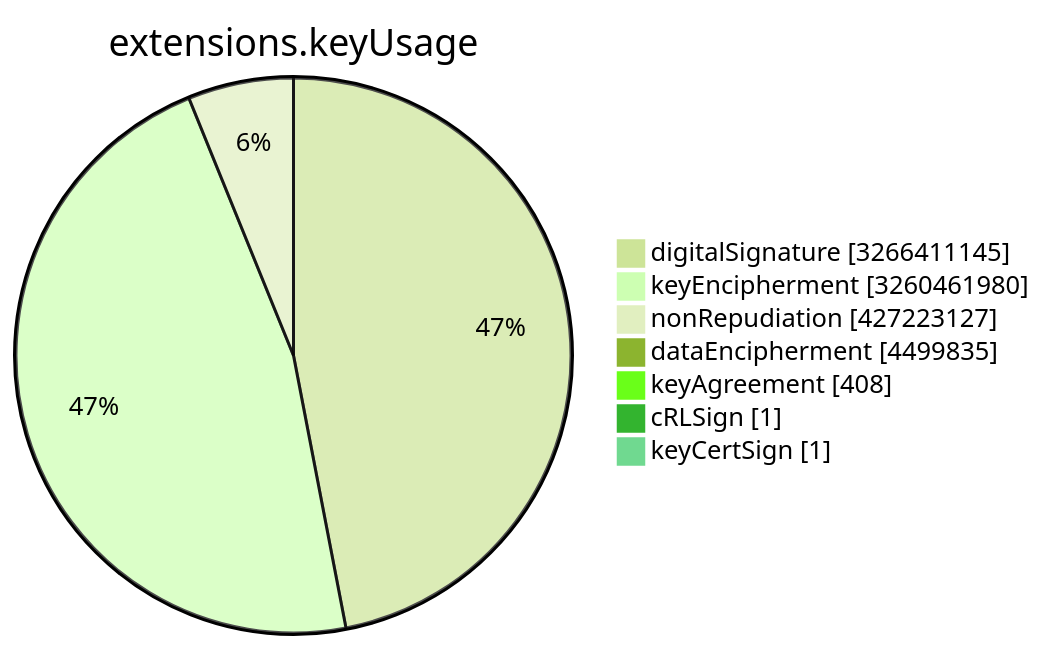
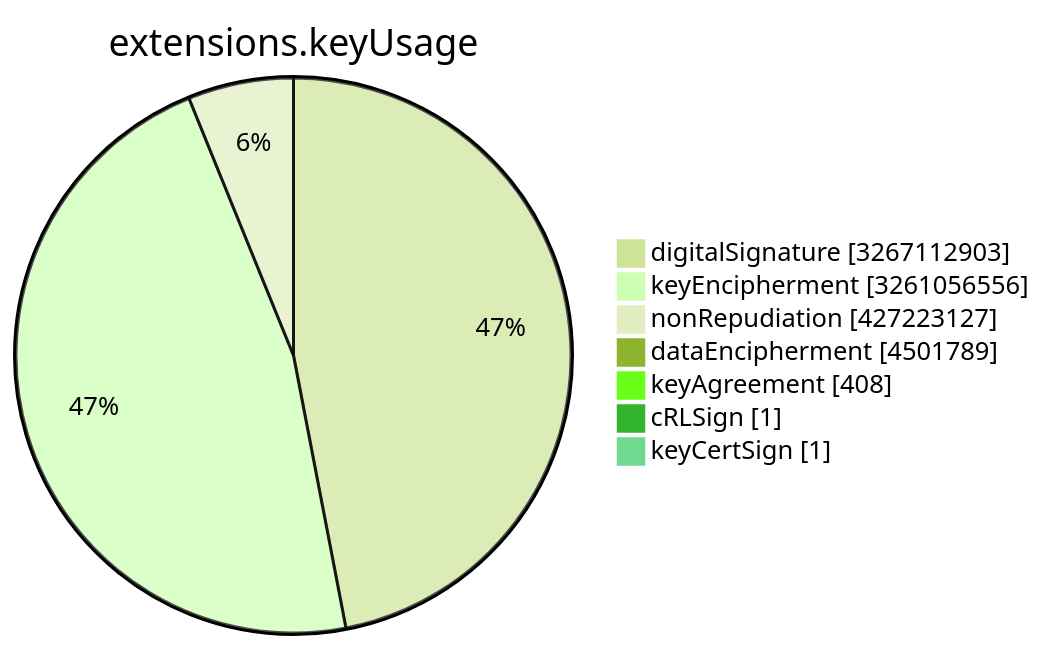
One commit to christiankrug/ctmonitor_visualization changed the sixth of 15 diagrams in TOTAL/README.md. Above: the diagram before and after it, drawn with Mermaid (forest theme). The commit also changed other lines of this file, not shown here.

````diff
--- a/TOTAL/README.md
+++ b/TOTAL/README.md
@@ -3078,11 +3078,11 @@
 ```mermaid
 pie showData
 title extensions.keyUsage
-"digitalSignature" :3266411145
-"keyEncipherment" :3260461980
+"digitalSignature" :3267112903
+"keyEncipherment" :3261056556
 "nonRepudiation" :427223127
-"dataEncipherment" :4499835
+"dataEncipherment" :4501789
 "keyAgreement" :408
 "cRLSign" :1
 "keyCertSign" :1
 ```
````
